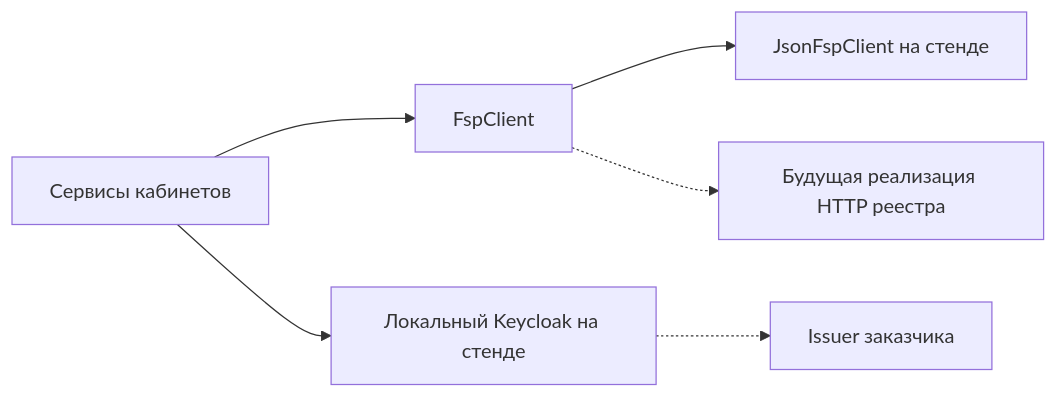
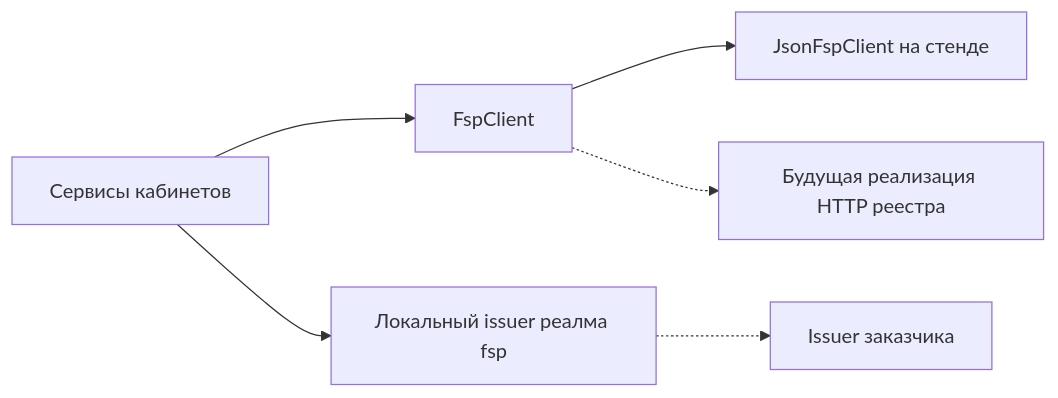
One commit to unhexx/hackaton_exception_expert changed the diagram in product/docs/zapiska.md. Above: the diagram before and after it, drawn with Mermaid. The commit also changed other lines of this file and 9 other files, not shown here.

````diff
--- a/product/docs/zapiska.md
+++ b/product/docs/zapiska.md
@@ -125,8 +125,8 @@
 ```mermaid
 flowchart LR
   app[Сервисы кабинетов] --> client[FspClient]
   client --> json[JsonFspClient на стенде]
   client -.-> http[Будущая реализация HTTP реестра]
-  app --> kc[Локальный Keycloak на стенде]
+  app --> kc[Локальный issuer реалма fsp]
   kc -.-> issuer[Issuer заказчика]
 ```
````
